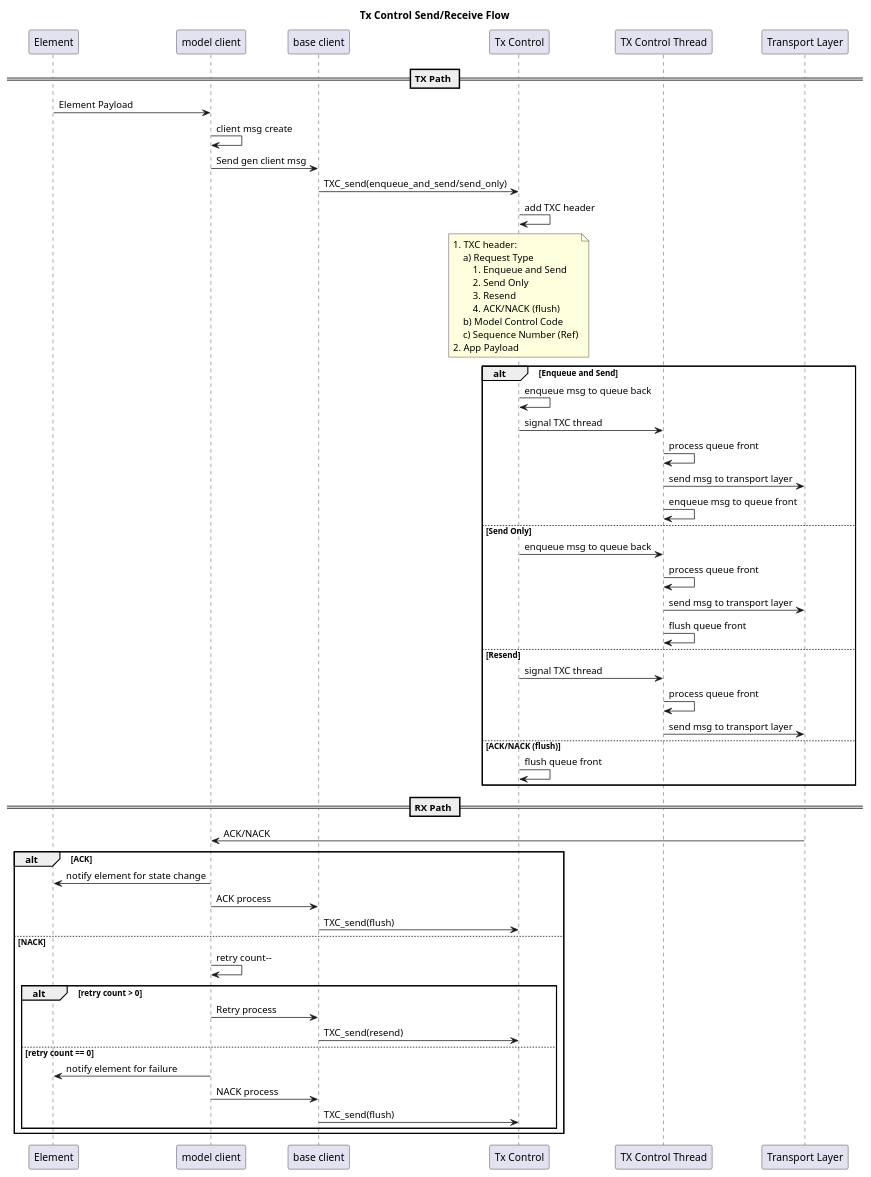
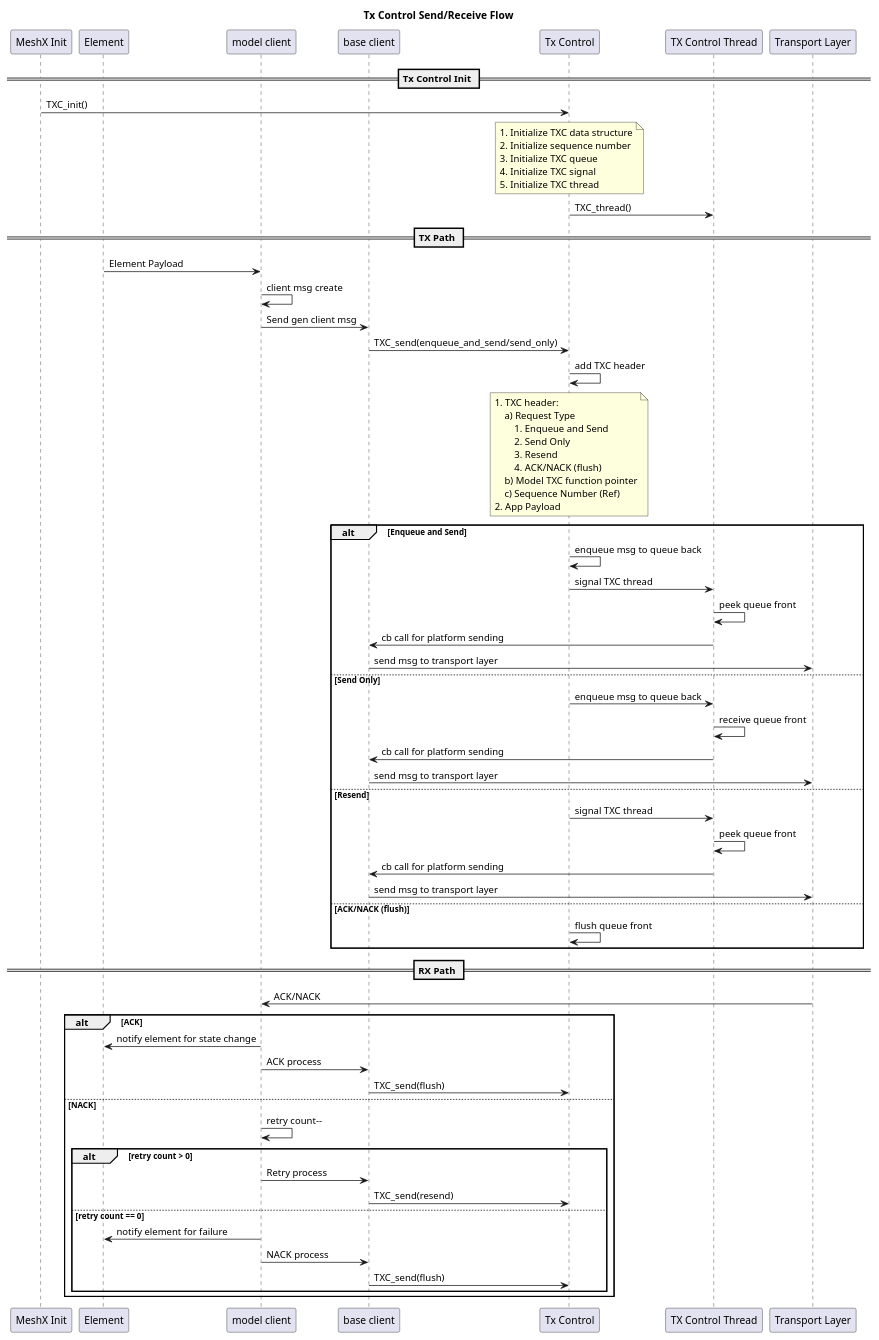
The diagram in docs/uml_diag/meshx/meshx_txc.wsd (pranjalchanda08/MeshX), drawn with PlantUML before and after one commit. The commit also changed 11 other files, not shown here.

First line of the commit message:
feat(txcm): add tx control module for mesh transmission management

```diff
--- a/docs/uml_diag/meshx/meshx_txc.wsd
+++ b/docs/uml_diag/meshx/meshx_txc.wsd
@@ -1,67 +1,80 @@
 @startuml meshx_txc
 
 title "Tx Control Send/Receive Flow"
 
+participant "MeshX Init" as MI
 participant "Element" as EL
 participant "model client" as MC
 participant "base client" as BC
 participant "Tx Control" as TXC
 participant "TX Control Thread" as TXCT
 participant "Transport Layer" as TL
+
+== Tx Control Init ==
+MI -> TXC: TXC_init()
+note over TXC
+    1. Initialize TXC data structure
+    2. Initialize sequence number
+    3. Initialize TXC queue
+    4. Initialize TXC signal
+    5. Initialize TXC thread
+end note
+TXC -> TXCT: TXC_thread()
 
 == TX Path ==
 EL -> MC: Element Payload
 MC -> MC: client msg create
 MC -> BC: Send gen client msg
 BC -> TXC: TXC_send(enqueue_and_send/send_only)
 TXC -> TXC: add TXC header
 note over TXC
     1. TXC header:
         a) Request Type
             1. Enqueue and Send
             2. Send Only
             3. Resend
             4. ACK/NACK (flush)
-        b) Model Control Code
+        b) Model TXC function pointer
         c) Sequence Number (Ref)
     2. App Payload
 end note
 
 alt Enqueue and Send
     TXC -> TXC: enqueue msg to queue back
     TXC -> TXCT: signal TXC thread
-    TXCT -> TXCT: process queue front
-    TXCT -> TL: send msg to transport layer
-    TXCT -> TXCT: enqueue msg to queue front
+    TXCT -> TXCT: peek queue front
+    TXCT -> BC: cb call for platform sending
+    BC -> TL: send msg to transport layer
 else Send Only
     TXC -> TXCT: enqueue msg to queue back
-    TXCT -> TXCT: process queue front
-    TXCT -> TL: send msg to transport layer
-    TXCT -> TXCT: flush queue front
+    TXCT -> TXCT: receive queue front
+    TXCT -> BC: cb call for platform sending
+    BC -> TL: send msg to transport layer
 else Resend
     TXC -> TXCT: signal TXC thread
-    TXCT -> TXCT: process queue front
-    TXCT -> TL: send msg to transport layer
+    TXCT -> TXCT: peek queue front
+    TXCT -> BC: cb call for platform sending
+    BC -> TL: send msg to transport layer
 else ACK/NACK (flush)
     TXC -> TXC: flush queue front
 end
 
 == RX Path ==
 TL -> MC: ACK/NACK
 alt ACK
     MC -> EL: notify element for state change
     MC -> BC: ACK process
     BC -> TXC: TXC_send(flush)
 else NACK
     MC -> MC: retry count--
     alt retry count > 0
         MC -> BC: Retry process
         BC -> TXC: TXC_send(resend)
     else retry count == 0
         MC -> EL: notify element for failure
         MC -> BC: NACK process
         BC -> TXC: TXC_send(flush)
     end
 end
 
 @enduml
```
